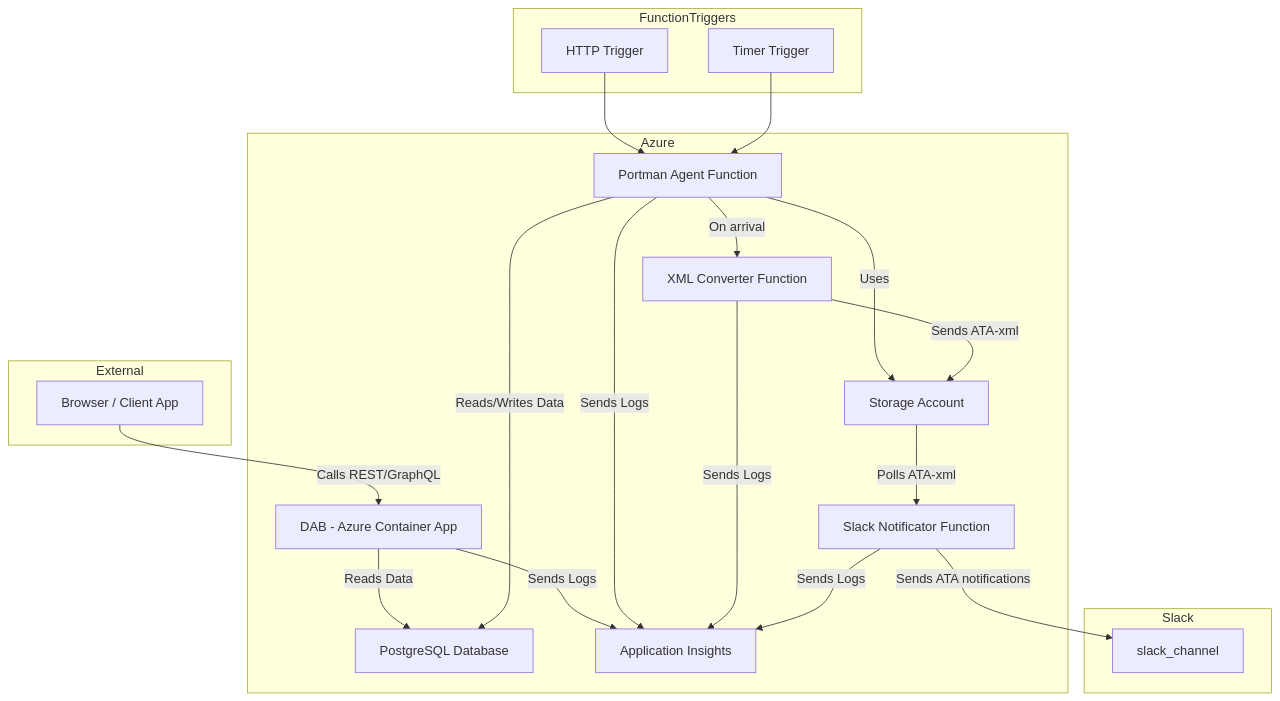
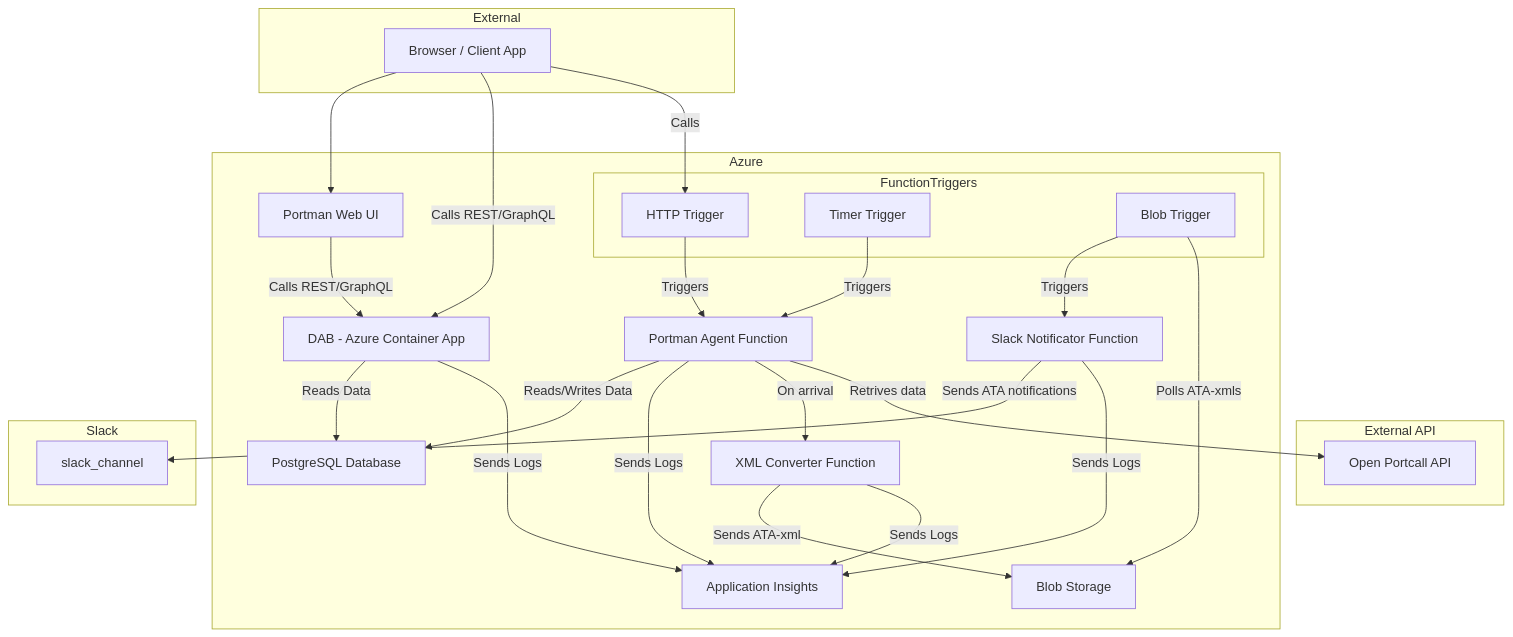
Before and after one commit to herratomsiili/portman_agent: the diagram in README.md, drawn with Mermaid.

Commit message:
Provide more details in mermeid diagram

````diff
--- a/README.md
+++ b/README.md
@@ -414,37 +414,47 @@
 ```mermaid
 graph TD;
+    subgraph External API
+      portcall_api[Open Portcall API]
+    end
+
     subgraph Azure
-        storage[Storage Account]
+        storage[Blob Storage]
         db[PostgreSQL Database]
         portman_function[Portman Agent Function]
         insights[Application Insights]
         dab[DAB - Azure Container App]
         xml_converter[XML Converter Function]
         slack_notificator[Slack Notificator Function]
+        portman_ui[Portman Web UI]
+        subgraph FunctionTriggers
+          http[HTTP Trigger]
+          timer[Timer Trigger]
+          blob[Blob Trigger]
+        end
     end
 
     subgraph External
-      user[Browser / Client App]
-    end
-
-    subgraph FunctionTriggers
-        http[HTTP Trigger] --> portman_function
-        timer[Timer Trigger] --> portman_function
+      user[Browser / Client App] --> portman_ui
     end
 
     subgraph Slack
       slack_notificator -->|Sends ATA notifications| slack_channel
     end
 
     user -->|Calls REST/GraphQL| dab
+    user -->|Calls| http
     dab -->|Reads Data| db
     dab -->|Sends Logs| insights
-    portman_function -->|Uses| storage
     portman_function -->|Reads/Writes Data| db
     portman_function -->|Sends Logs| insights
     portman_function -->|On arrival| xml_converter
+    portman_function -->|Retrives data| portcall_api
+    timer --> |Triggers| portman_function
+    http --> |Triggers| portman_function
+    blob --> |Triggers| slack_notificator
     xml_converter -->|Sends ATA-xml| storage
     xml_converter -->|Sends Logs| insights
-    storage -->|Polls ATA-xml| slack_notificator
+    blob -->|Polls ATA-xmls| storage
     slack_notificator -->|Sends Logs| insights
+    portman_ui -->|Calls REST/GraphQL| dab
 ```
````
